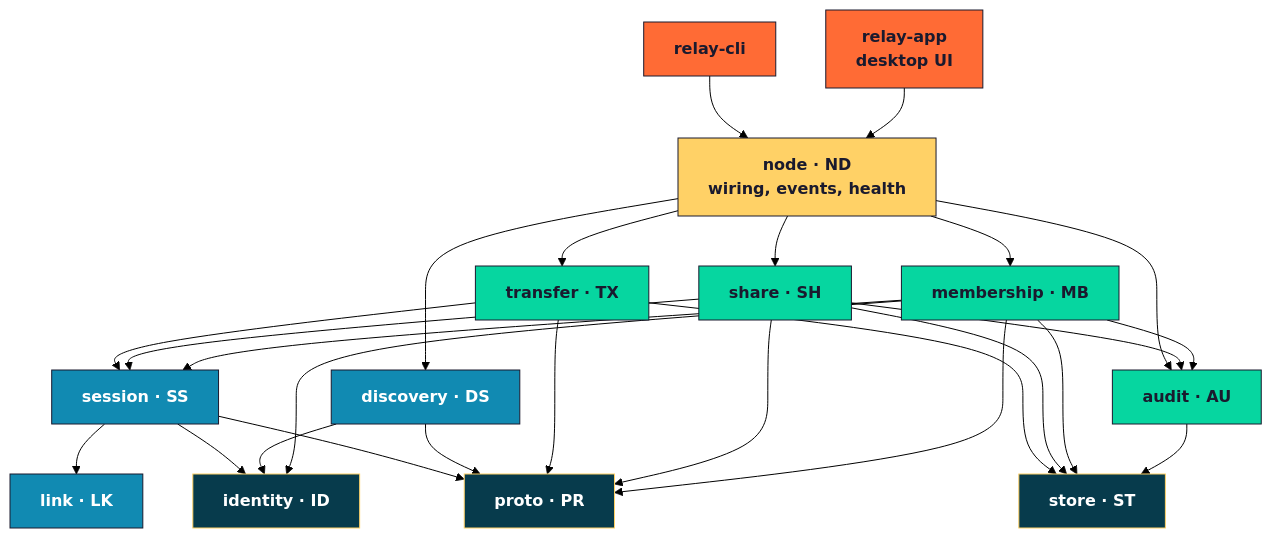
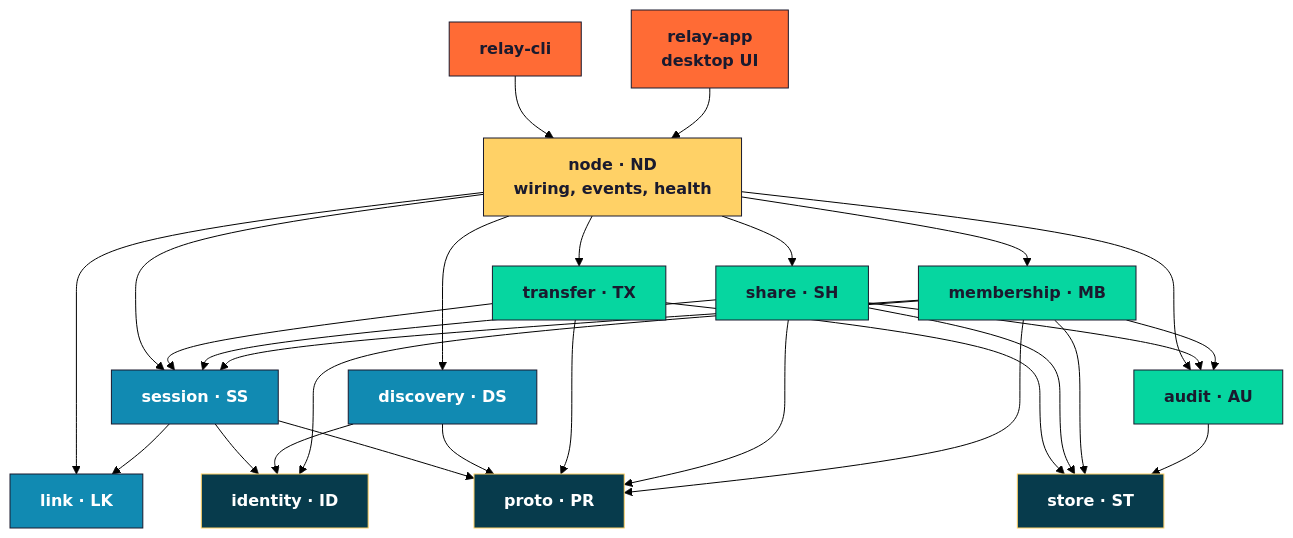
Before and after one commit to ShagnikPal123/Networking-Project: the first of 2 diagrams in docs/design/01-architecture.md, drawn with Mermaid (forest theme). The commit also changed 5 other files, not shown here.

````diff
--- a/docs/design/01-architecture.md
+++ b/docs/design/01-architecture.md
@@ -10,38 +10,39 @@
 ```mermaid
 flowchart TB
     classDef ui fill:#FF6B35,stroke:#1A1A2E,color:#1A1A2E,font-weight:bold
     classDef node fill:#FFD166,stroke:#1A1A2E,color:#1A1A2E,font-weight:bold
     classDef feat fill:#06D6A0,stroke:#1A1A2E,color:#1A1A2E
     classDef net fill:#118AB2,stroke:#1A1A2E,color:#FFFFFF
     classDef base fill:#073B4C,stroke:#FFD166,color:#FFFFFF
 
     CLI[relay-cli]:::ui
     APP[relay-app<br/>desktop UI]:::ui
     ND[node · ND<br/>wiring, events, health]:::node
 
     TX[transfer · TX]:::feat
     SH[share · SH]:::feat
     MB[membership · MB]:::feat
     AU[audit · AU]:::feat
 
     SS[session · SS]:::net
     LK[link · LK]:::net
     DS[discovery · DS]:::net
 
     ID[identity · ID]:::base
     PR[proto · PR]:::base
     ST[store · ST]:::base
 
     CLI --> ND
     APP --> ND
     ND --> TX & SH & MB & AU & DS
+    ND --> SS & LK
     TX --> SS
     SH --> SS
     SH --> AU
     MB --> SS
     MB --> AU
     SS --> LK
     TX & SH & MB & AU --> ST
     SS & DS & MB --> ID
     SS & DS & TX & SH & MB --> PR
 ```
````
